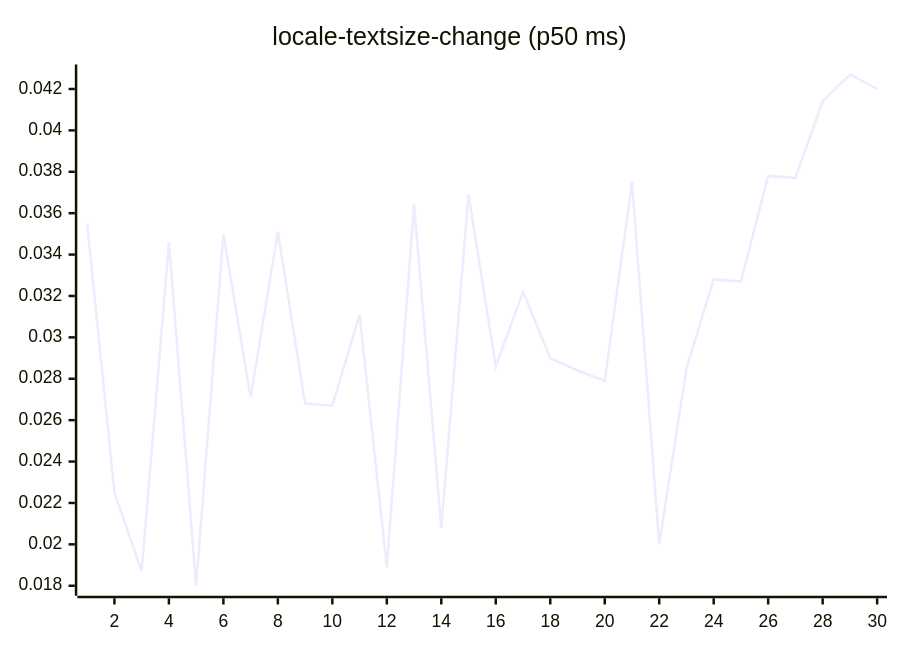
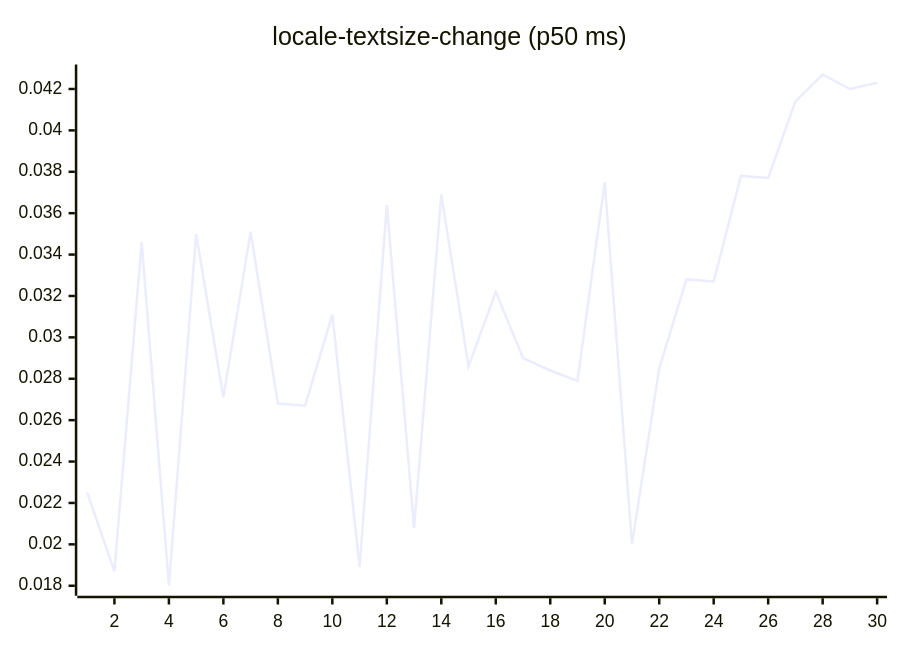
Diagram 13 of 27 in README.md (josha/Facet), drawn with Mermaid before and after one commit. The commit also changed other lines of this file and 2 other files, not shown here.

````diff
--- a/README.md
+++ b/README.md
@@ -147,6 +147,6 @@
 ```mermaid
 xychart-beta
     title "locale-textsize-change (p50 ms)"
     x-axis 1 --> 30
-    line [0.0355, 0.0225, 0.0187, 0.0346, 0.0180, 0.0350, 0.0271, 0.0351, 0.0268, 0.0267, 0.0311, 0.0189, 0.0364, 0.0208, 0.0369, 0.0286, 0.0322, 0.0290, 0.0284, 0.0279, 0.0375, 0.0200, 0.0285, 0.0328, 0.0327, 0.0378, 0.0377, 0.0414, 0.0427, 0.0420]
+    line [0.0225, 0.0187, 0.0346, 0.0180, 0.0350, 0.0271, 0.0351, 0.0268, 0.0267, 0.0311, 0.0189, 0.0364, 0.0208, 0.0369, 0.0286, 0.0322, 0.0290, 0.0284, 0.0279, 0.0375, 0.0200, 0.0285, 0.0328, 0.0327, 0.0378, 0.0377, 0.0414, 0.0427, 0.0420, 0.0423]
 ```
````
